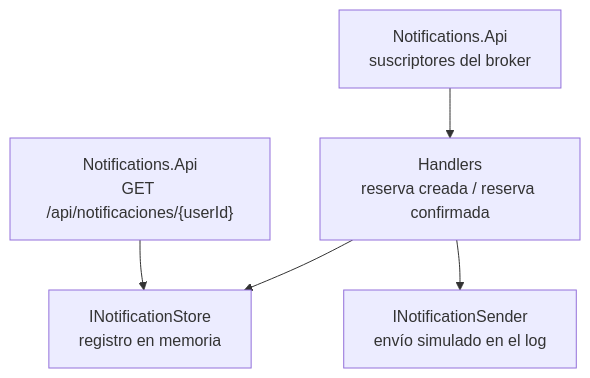
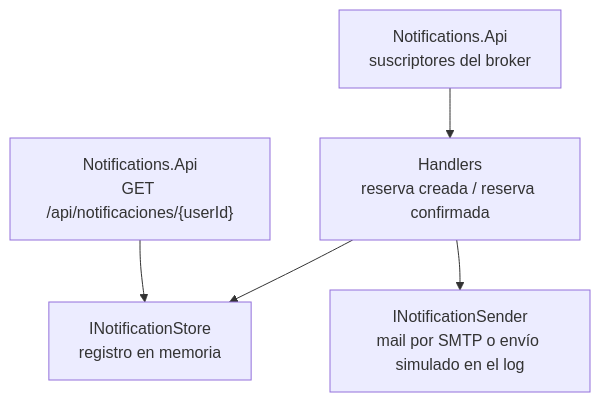
Before and after one commit to mhuyema/tpProgra4_: the seventh of 7 diagrams in README.md, drawn with Mermaid. The commit also changed other lines of this file and 2 other files, not shown here.

````diff
--- a/README.md
+++ b/README.md
@@ -184,7 +184,7 @@
 ```mermaid
 flowchart TB
     Q[Notifications.Api<br/>suscriptores del broker] --> H[Handlers<br/>reserva creada / reserva confirmada]
     E["Notifications.Api<br/>GET /api/notificaciones/{userId}"] --> St
     H --> St[INotificationStore<br/>registro en memoria]
-    H --> Se[INotificationSender<br/>envío simulado en el log]
+    H --> Se[INotificationSender<br/>mail por SMTP o envío simulado en el log]
 ```
````
